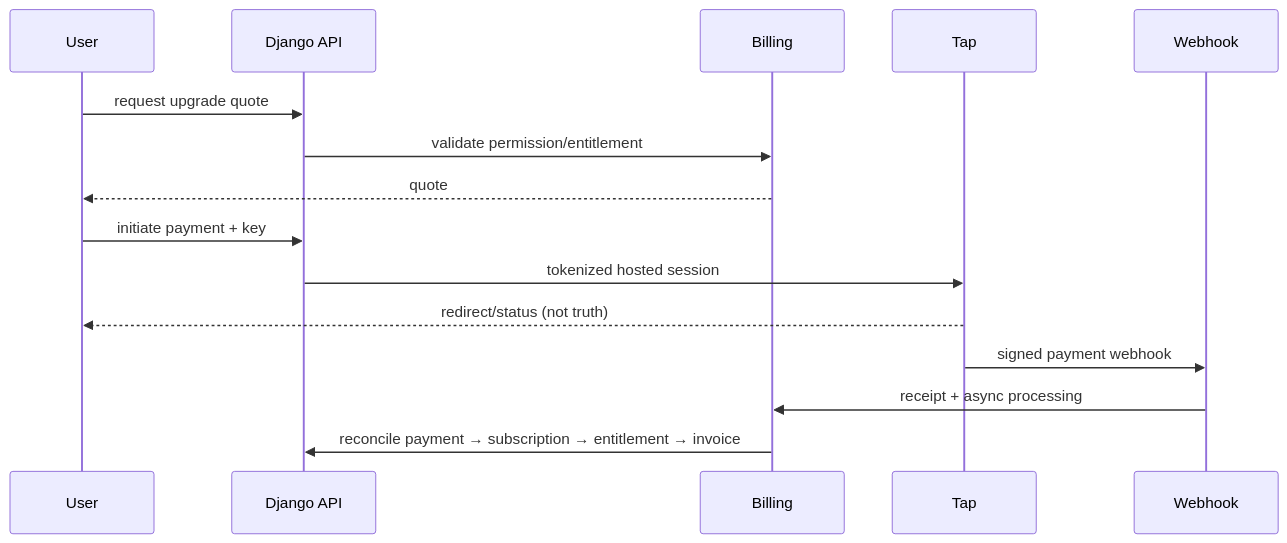
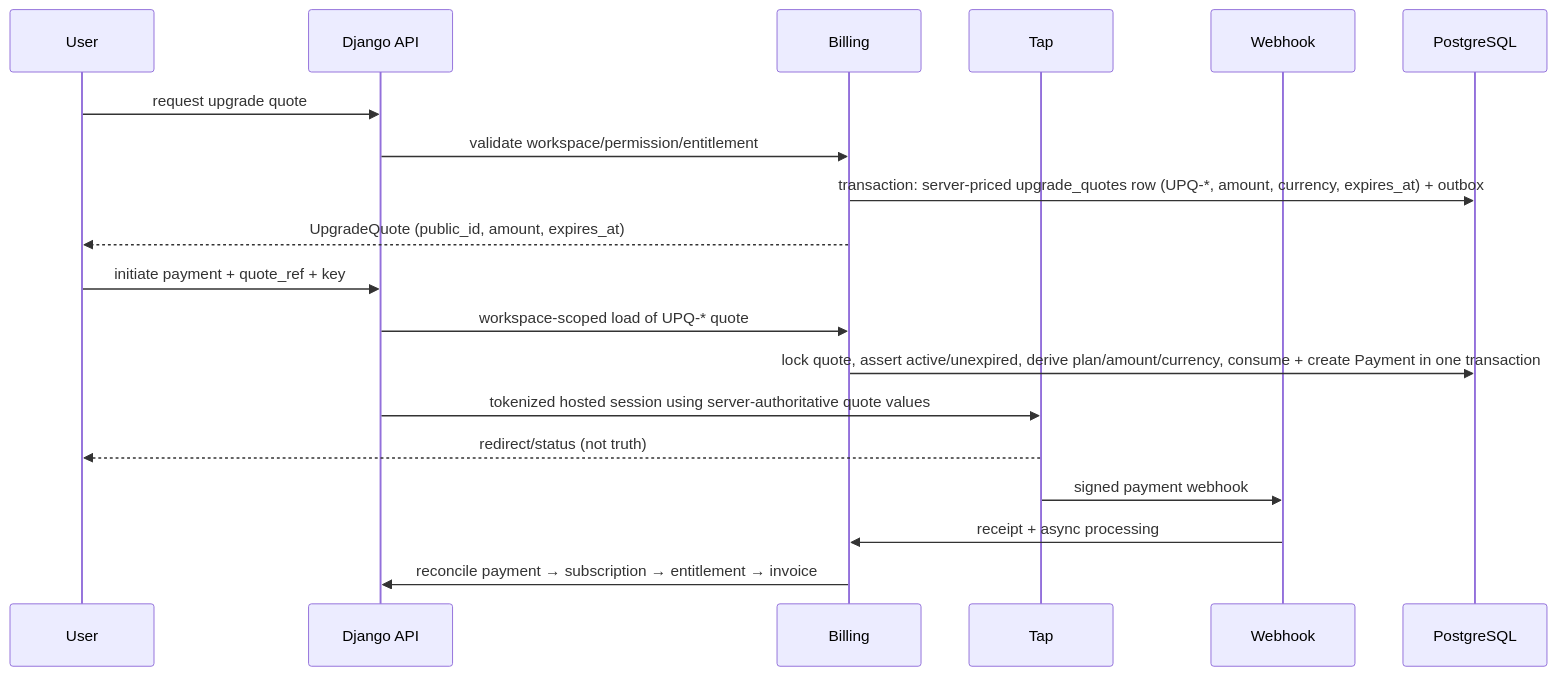
The fourth of 4 diagrams in BACKEND_SEQUENCE_DIAGRAMS.md (mohammed0115/wazlink), drawn with Mermaid before and after one commit. The commit also changed other lines of this file and 14 other files, not shown here.

Commit message:
docs(backend): finalize B0 quote and public-id contracts

````diff
--- a/BACKEND_SEQUENCE_DIAGRAMS.md
+++ b/BACKEND_SEQUENCE_DIAGRAMS.md
@@ -57,17 +57,21 @@
 ```mermaid
 sequenceDiagram
   participant U as User
   participant API as Django API
   participant B as Billing
   participant T as Tap
   participant W as Webhook
+  participant DB as PostgreSQL
   U->>API: request upgrade quote
-  API->>B: validate permission/entitlement
-  B-->>U: quote
-  U->>API: initiate payment + key
-  API->>T: tokenized hosted session
+  API->>B: validate workspace/permission/entitlement
+  B->>DB: transaction: server-priced upgrade_quotes row (UPQ-*, amount, currency, expires_at) + outbox
+  B-->>U: UpgradeQuote (public_id, amount, expires_at)
+  U->>API: initiate payment + quote_ref + key
+  API->>B: workspace-scoped load of UPQ-* quote
+  B->>DB: lock quote, assert active/unexpired, derive plan/amount/currency, consume + create Payment in one transaction
+  API->>T: tokenized hosted session using server-authoritative quote values
   T-->>U: redirect/status (not truth)
   T->>W: signed payment webhook
   W->>B: receipt + async processing
   B->>API: reconcile payment → subscription → entitlement → invoice
 ```
````
